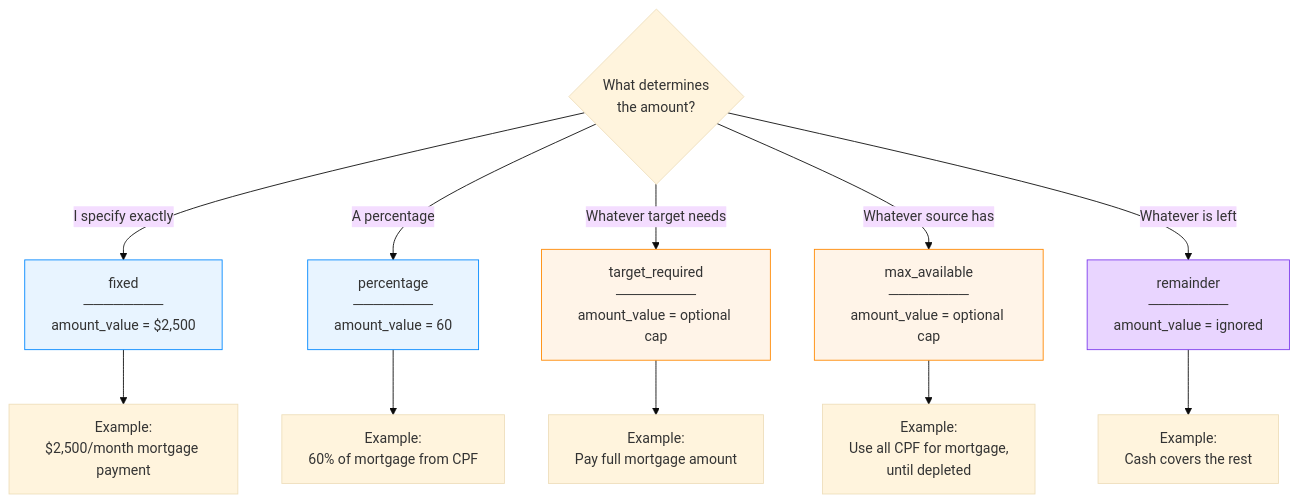
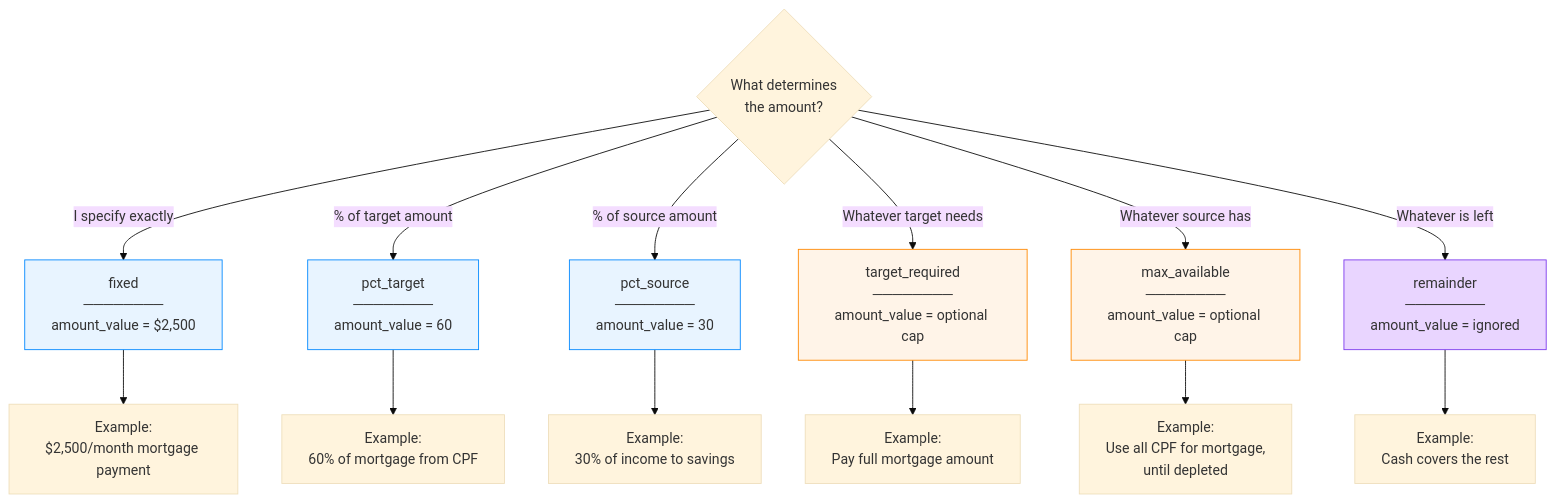
The seventh of 11 diagrams in specs/fund-flow-rules.md (jcleow/wealthproject), drawn with Mermaid (base theme) before and after one commit. The commit also changed other lines of this file and 13 other files, not shown here.

````diff
--- a/specs/fund-flow-rules.md
+++ b/specs/fund-flow-rules.md
@@ -397,22 +401,25 @@
 ```mermaid
 flowchart TD
     Q1{"What determines<br/>the amount?"}
 
     Q1 -->|"I specify exactly"| Fixed["fixed<br/>────────<br/>amount_value = $2,500"]
-    Q1 -->|"A percentage"| Percentage["percentage<br/>────────<br/>amount_value = 60"]
+    Q1 -->|"% of target amount"| PctTarget["pct_target<br/>────────<br/>amount_value = 60"]
+    Q1 -->|"% of source amount"| PctSource["pct_source<br/>────────<br/>amount_value = 30"]
     Q1 -->|"Whatever target needs"| TargetReq["target_required<br/>────────<br/>amount_value = optional cap"]
     Q1 -->|"Whatever source has"| MaxAvail["max_available<br/>────────<br/>amount_value = optional cap"]
     Q1 -->|"Whatever is left"| Remainder["remainder<br/>────────<br/>amount_value = ignored"]
 
     Fixed --> Ex1["Example:<br/>$2,500/month mortgage payment"]
-    Percentage --> Ex2["Example:<br/>60% of mortgage from CPF"]
+    PctTarget --> Ex2["Example:<br/>60% of mortgage from CPF"]
+    PctSource --> Ex2b["Example:<br/>30% of income to savings"]
     TargetReq --> Ex3["Example:<br/>Pay full mortgage amount"]
     MaxAvail --> Ex4["Example:<br/>Use all CPF for mortgage,<br/>until depleted"]
     Remainder --> Ex5["Example:<br/>Cash covers the rest"]
 
     style Fixed fill:#e8f4ff,stroke:#08f
-    style Percentage fill:#e8f4ff,stroke:#08f
+    style PctTarget fill:#e8f4ff,stroke:#08f
+    style PctSource fill:#e8f4ff,stroke:#08f
     style TargetReq fill:#fff4e8,stroke:#f80
     style MaxAvail fill:#fff4e8,stroke:#f80
     style Remainder fill:#e9d5ff,stroke:#7c3aed
 ```
````
